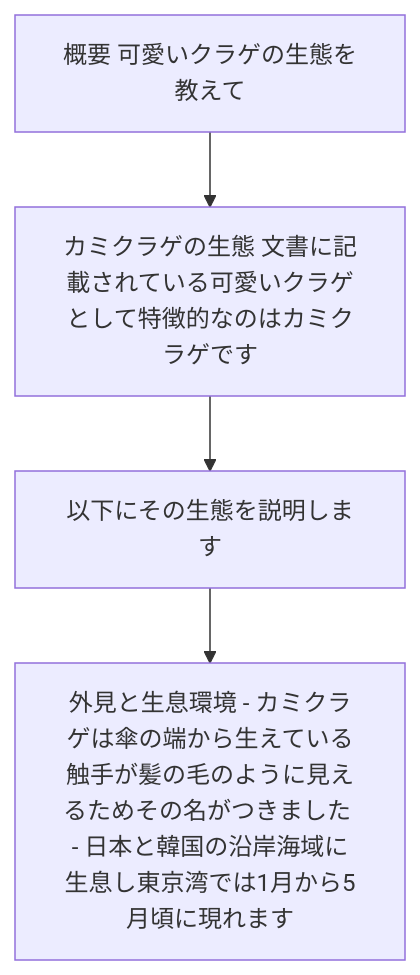
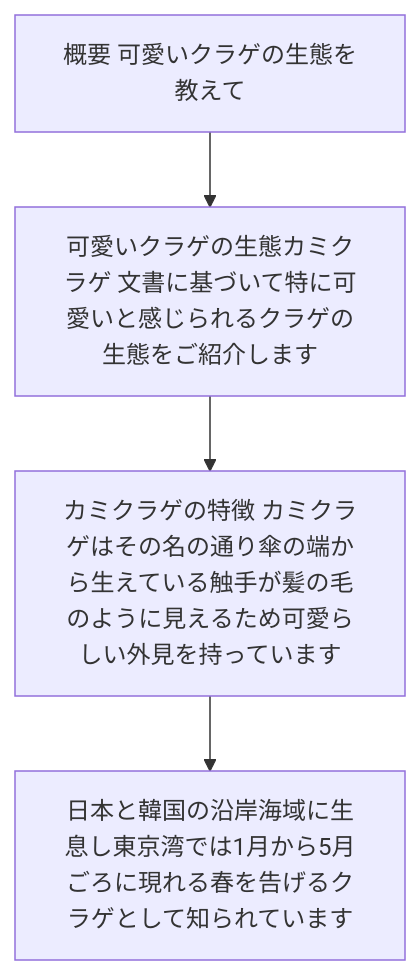
One commit to zhu-xujuan/AIAgentZhu changed the first of 2 diagrams in frontend/.slidev/slides.md. Above: the diagram before and after it, drawn with Mermaid. The commit also changed other lines of this file and 9 other files, not shown here.

````diff
--- a/frontend/.slidev/slides.md
+++ b/frontend/.slidev/slides.md
@@ -27,7 +28,7 @@
 ```mermaid
 flowchart TD
   A[概要 可愛いクラゲの生態を教えて]
-  A --> B[カミクラゲの生態 文書に記載されている可愛いクラゲとして特徴的なのはカミクラゲです]
-  B --> C[以下にその生態を説明します]
-  C --> D[外見と生息環境 - カミクラゲは傘の端から生えている触手が髪の毛のように見えるためその名がつきました - 日本と韓国の沿岸海域に生息し東京湾では1月から5月頃に現れます]
+  A --> B[可愛いクラゲの生態カミクラゲ 文書に基づいて特に可愛いと感じられるクラゲの生態をご紹介します]
+  B --> C[カミクラゲの特徴 カミクラゲはその名の通り傘の端から生えている触手が髪の毛のように見えるため可愛らしい外見を持っています]
+  C --> D[日本と韓国の沿岸海域に生息し東京湾では1月から5月ごろに現れる春を告げるクラゲとして知られています]
 ```
````
